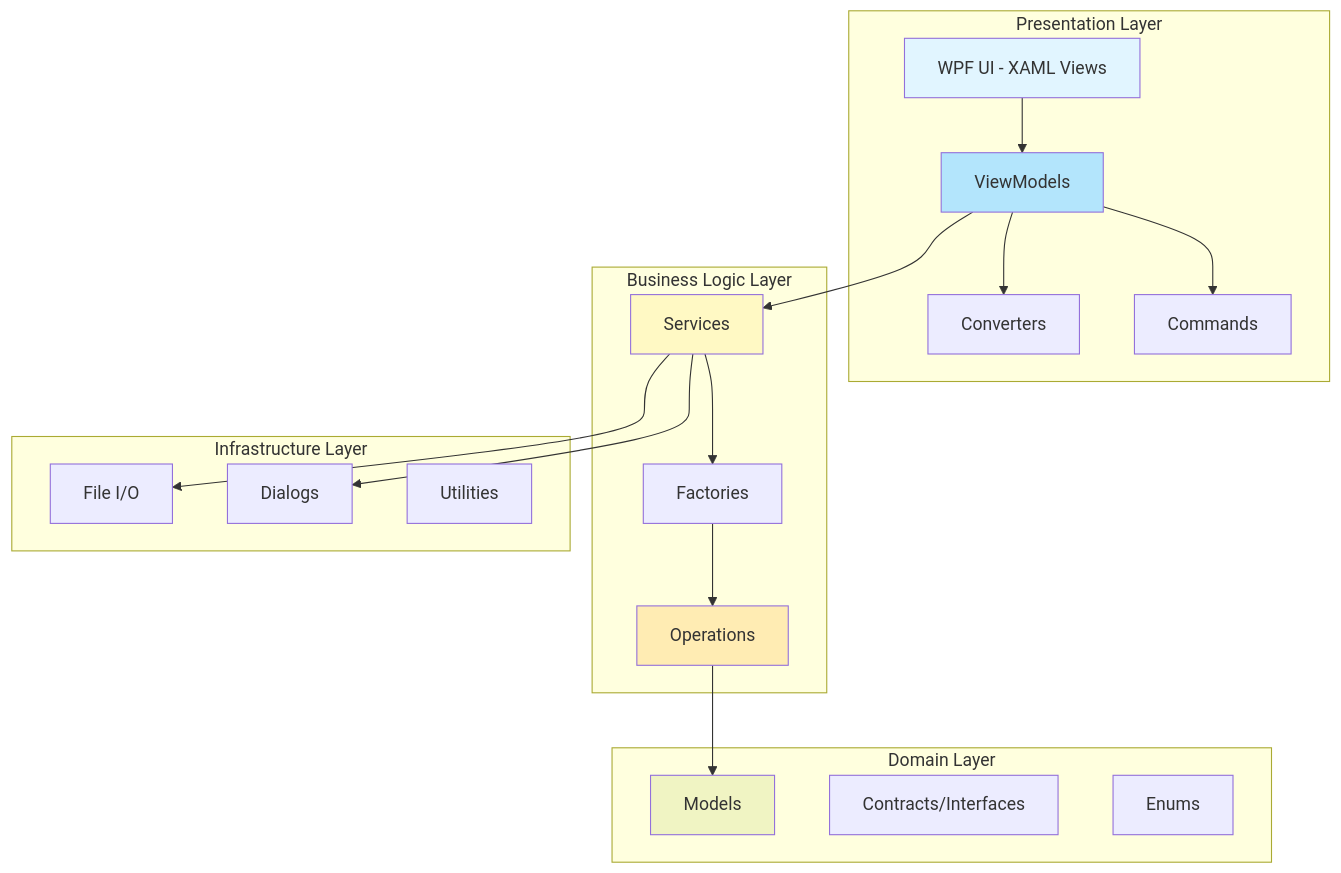
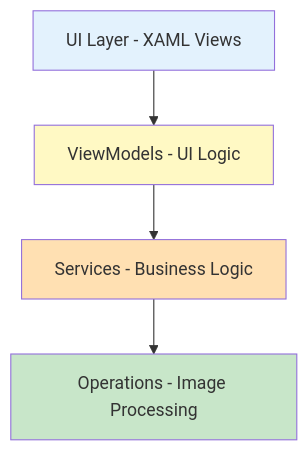
Before and after one commit to Anoopa-kedila/ImageReviewer: the first of 2 diagrams in ARCHITECTURE.md, drawn with Mermaid. The commit also changed other lines of this file, not shown here.

First line of the commit message:
Simplify architecture documentation

````diff
--- a/ARCHITECTURE.md
+++ b/ARCHITECTURE.md
@@ -19,43 +16,16 @@
 ```mermaid
 graph TB
-    subgraph "Presentation Layer"
-        UI[WPF UI - XAML Views]
-        VM[ViewModels]
-        CONV[Converters]
-        CMD[Commands]
-    end
-    
-    subgraph "Business Logic Layer"
-        SVC[Services]
-        FAC[Factories]
-        OPS[Operations]
-    end
-    
-    subgraph "Domain Layer"
-        MOD[Models]
-        CONT[Contracts/Interfaces]
-        ENUM[Enums]
-    end
-    
-    subgraph "Infrastructure Layer"
-        IO[File I/O]
-        DIAL[Dialogs]
-        UTIL[Utilities]
-    end
-    
+    UI[UI Layer - XAML Views]
+    VM[ViewModels - UI Logic]
+    SVC[Services - Business Logic]
+    OPS[Operations - Image Processing]
+
     UI --> VM
-    VM --> CMD
     VM --> SVC
-    SVC --> FAC
-    FAC --> OPS
-    OPS --> MOD
-    SVC --> IO
-    SVC --> DIAL
-    VM --> CONV
-    
-    style UI fill:#e1f5ff
-    style VM fill:#b3e5fc
-    style SVC fill:#fff9c4
-    style OPS fill:#ffecb3
-    style MOD fill:#f0f4c3
+    SVC --> OPS
+
+    style UI fill:#e3f2fd
+    style VM fill:#fff9c4
+    style SVC fill:#ffe0b2
+    style OPS fill:#c8e6c9
 ```
````
